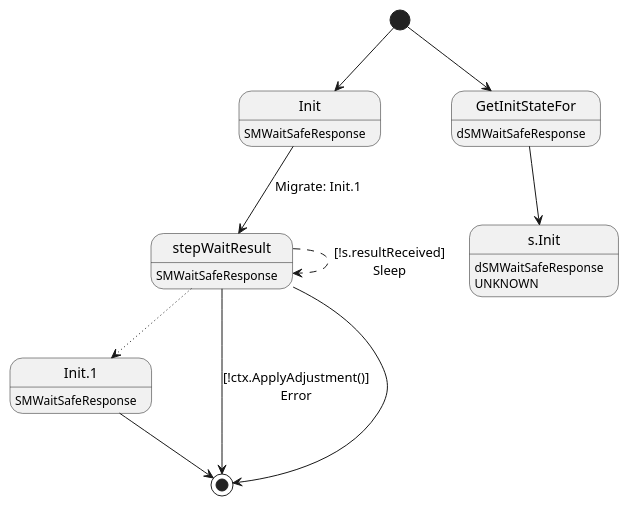
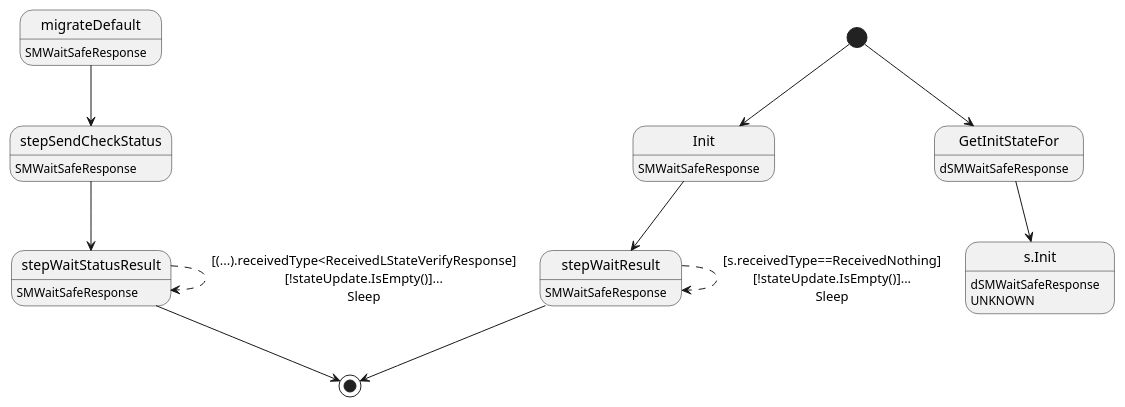
The diagram in ledger-core/virtual/lmn/register_waitsafe.plantuml (insolar/assured-ledger), drawn with PlantUML before and after one commit. The commit also changed 34 other files, not shown here.

```diff
--- a/ledger-core/virtual/lmn/register_waitsafe.plantuml
+++ b/ledger-core/virtual/lmn/register_waitsafe.plantuml
@@ -1,22 +1,27 @@
 @startuml
 state "Init" as T01_S001
 T01_S001 : SMWaitSafeResponse
 [*] --> T01_S001
-T01_S001 --> T01_S003 : Migrate: Init.1
-state "Init.1" as T01_S002
+T01_S001 --> T01_S003
+state "migrateDefault" as T01_S002
 T01_S002 : SMWaitSafeResponse
-T01_S002 --> [*]
+T01_S002 --> T01_S004
+state "stepSendCheckStatus" as T01_S004
+T01_S004 : SMWaitSafeResponse
+T01_S004 --> T01_S005
 state "stepWaitResult" as T01_S003
 T01_S003 : SMWaitSafeResponse
-T01_S003 --[dotted]> T01_S002
-T01_S003 --[dashed]> T01_S003 : [!s.resultReceived]\nSleep
-T01_S003 --> [*] : [!ctx.ApplyAdjustment()]\nError
+T01_S003 --[dashed]> T01_S003 : [s.receivedType==ReceivedNothing]\n[!stateUpdate.IsEmpty()]...\nSleep
 T01_S003 --> [*]
+state "stepWaitStatusResult" as T01_S005
+T01_S005 : SMWaitSafeResponse
+T01_S005 --[dashed]> T01_S005 : [(...).receivedType<ReceivedLStateVerifyResponse]\n[!stateUpdate.IsEmpty()]...\nSleep
+T01_S005 --> [*]
 state "GetInitStateFor" as T00_S001
 T00_S001 : dSMWaitSafeResponse
 [*] --> T00_S001
 state "s.Init" as T00_U001
 T00_U001 : dSMWaitSafeResponse
 T00_U001 : UNKNOWN 
 T00_S001 --> T00_U001
 @enduml
```
